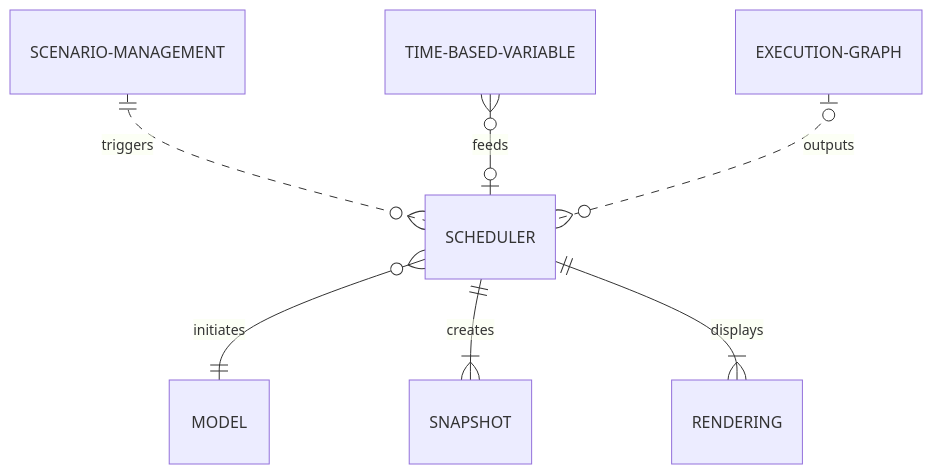
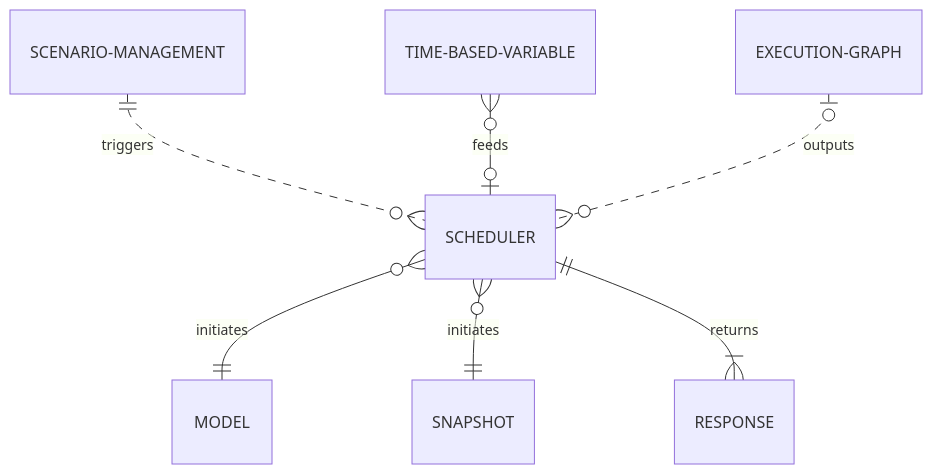
One commit to hephaistox/automaton-simulation-de changed the diagram in docs/archi/simulation_engine/scheduler_entity.mermaid. Above: the diagram before and after it, drawn with Mermaid. The commit also changed 122 other files, not shown here.

```diff
--- a/docs/archi/simulation_engine/scheduler_entity.mermaid
+++ b/docs/archi/simulation_engine/scheduler_entity.mermaid
@@ -1,7 +1,7 @@
 erDiagram
 	SCENARIO-MANAGEMENT ||..o{ SCHEDULER : "triggers"
 	TIME-BASED-VARIABLE o{--o| SCHEDULER : "feeds"
   EXECUTION-GRAPH o|..o{ SCHEDULER  : "outputs"
   SCHEDULER o{--|| MODEL : "initiates"
-  SCHEDULER ||--|{ SNAPSHOT : "creates"
-  SCHEDULER ||--|{ RENDERING : "displays"
+  SCHEDULER o{--|| SNAPSHOT : "initiates"
+  SCHEDULER ||--|{ RESPONSE : "returns"
```
